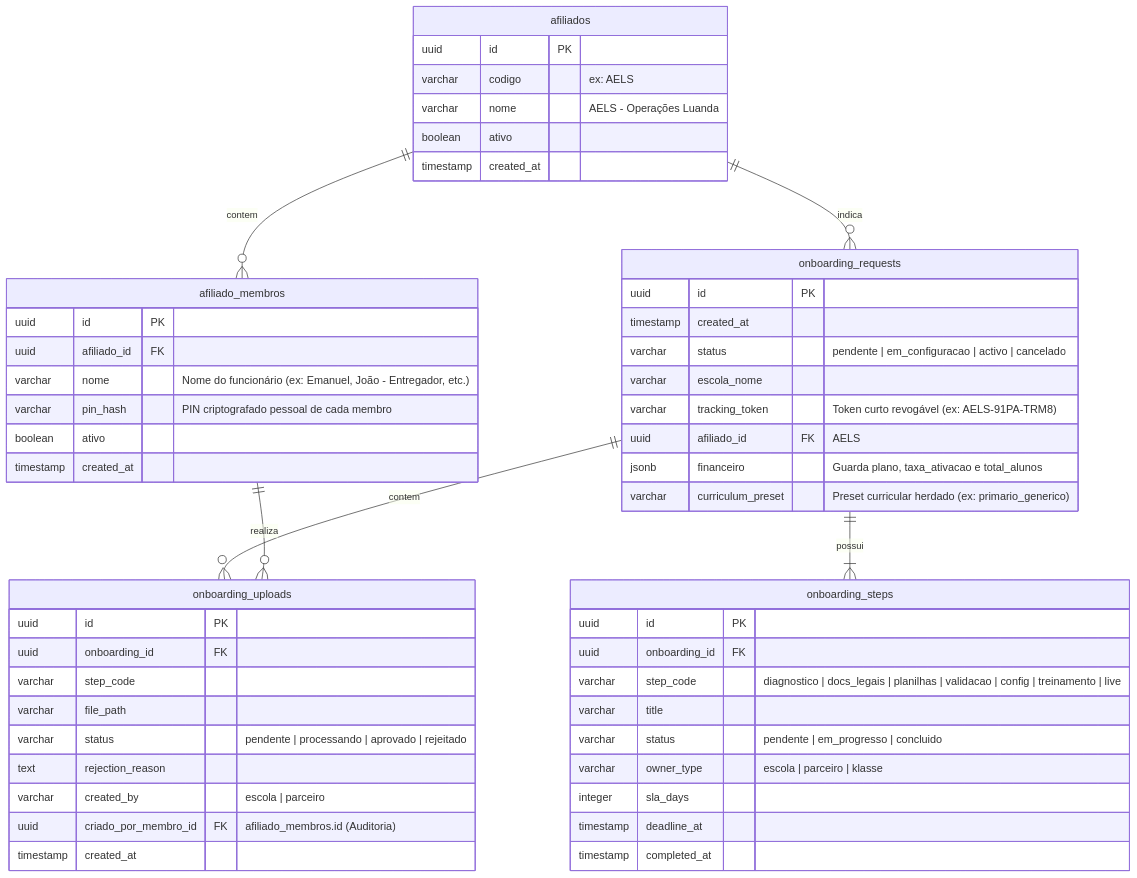
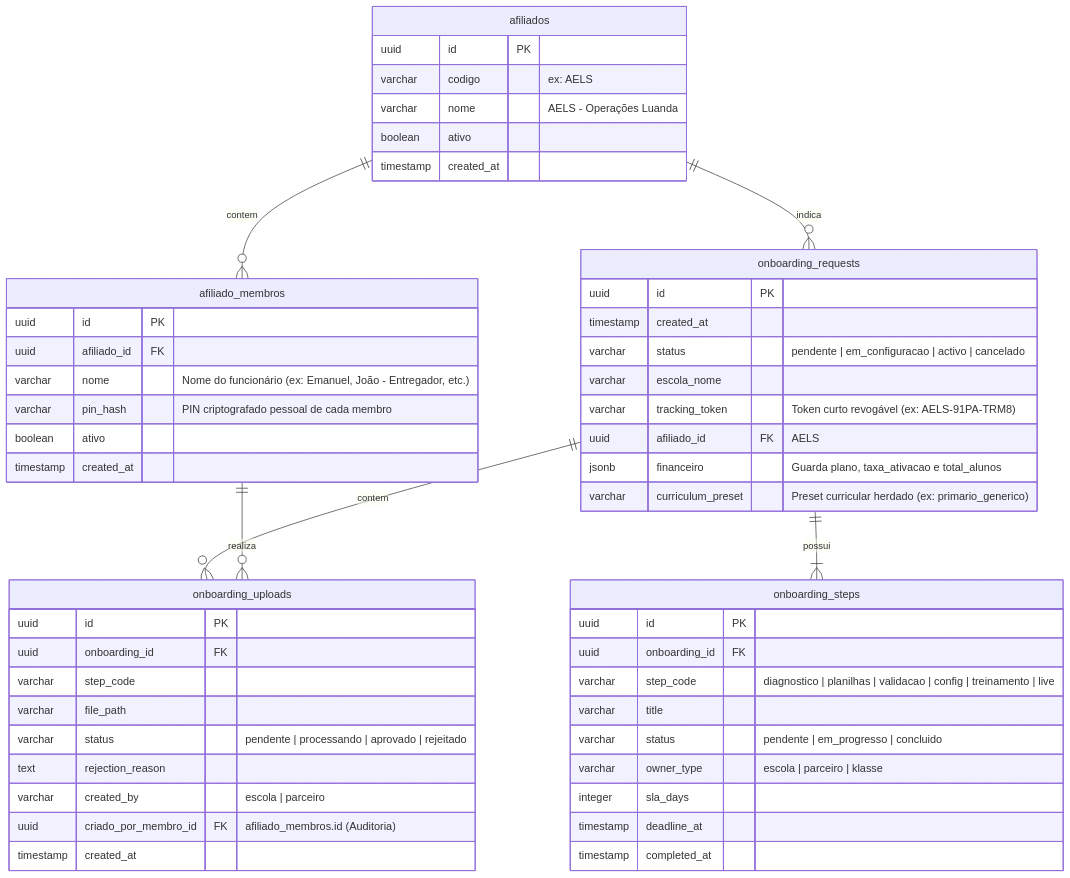
Before and after one commit to moxi-edtech/moxi-edtech: the diagram in plan_crm_execution.md, drawn with Mermaid. The commit also changed other lines of this file and 155 other files, not shown here.

````diff
--- a/plan_crm_execution.md
+++ b/plan_crm_execution.md
@@ -43,60 +43,60 @@
 ```mermaid
 erDiagram
     afiliados ||--o{ afiliado_membros : contem
     afiliados ||--o{ onboarding_requests : indica
     onboarding_requests ||--|{ onboarding_steps : possui
     onboarding_requests ||--o{ onboarding_uploads : contem
     afiliado_membros ||--o{ onboarding_uploads : realiza
     
     afiliados {
         uuid id PK
         varchar codigo "ex: AELS"
         varchar nome "AELS - Operações Luanda"
         boolean ativo
         timestamp created_at
     }
 
     afiliado_membros {
         uuid id PK
         uuid afiliado_id FK
         varchar nome "Nome do funcionário (ex: Emanuel, João - Entregador, etc.)"
         varchar pin_hash "PIN criptografado pessoal de cada membro"
         boolean ativo
         timestamp created_at
     }
     
     onboarding_requests {
         uuid id PK
         timestamp created_at
         varchar status "pendente | em_configuracao | activo | cancelado"
         varchar escola_nome
         varchar tracking_token "Token curto revogável (ex: AELS-91PA-TRM8)"
         uuid afiliado_id FK "AELS"
         jsonb financeiro "Guarda plano, taxa_ativacao e total_alunos"
         varchar curriculum_preset "Preset curricular herdado (ex: primario_generico)"
     }
     
     onboarding_steps {
         uuid id PK
         uuid onboarding_id FK
-        varchar step_code "diagnostico | docs_legais | planilhas | validacao | config | treinamento | live"
+        varchar step_code "diagnostico | planilhas | validacao | config | treinamento | live"
         varchar title
         varchar status "pendente | em_progresso | concluido"
         varchar owner_type "escola | parceiro | klasse"
         integer sla_days
         timestamp deadline_at
         timestamp completed_at
     }
     
     onboarding_uploads {
         uuid id PK
         uuid onboarding_id FK
         varchar step_code
         varchar file_path
         varchar status "pendente | processando | aprovado | rejeitado"
         text rejection_reason
         varchar created_by "escola | parceiro"
         uuid criado_por_membro_id FK "afiliado_membros.id (Auditoria)"
         timestamp created_at
     }
 ```
````
